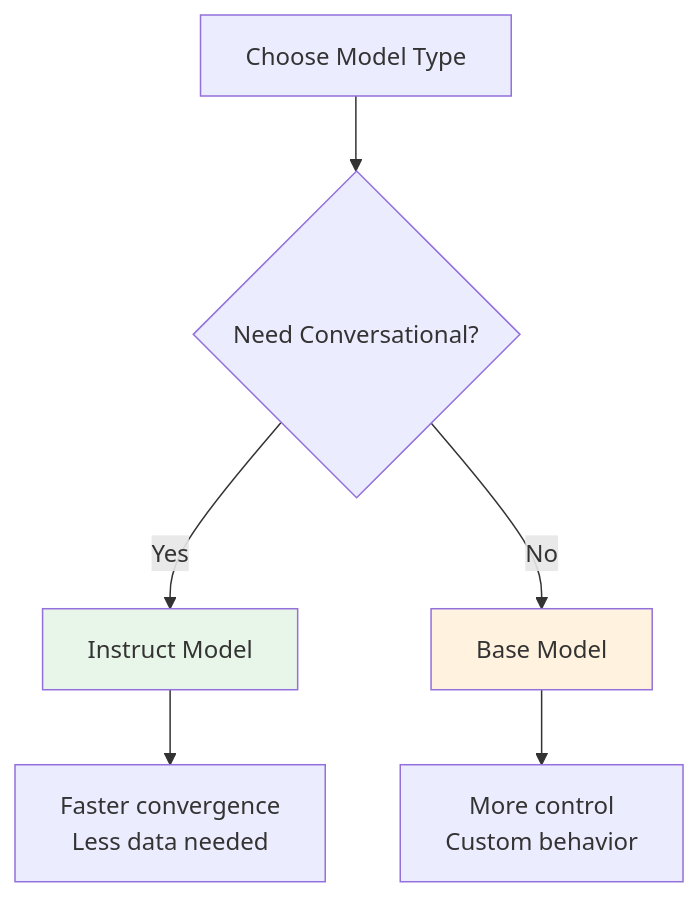
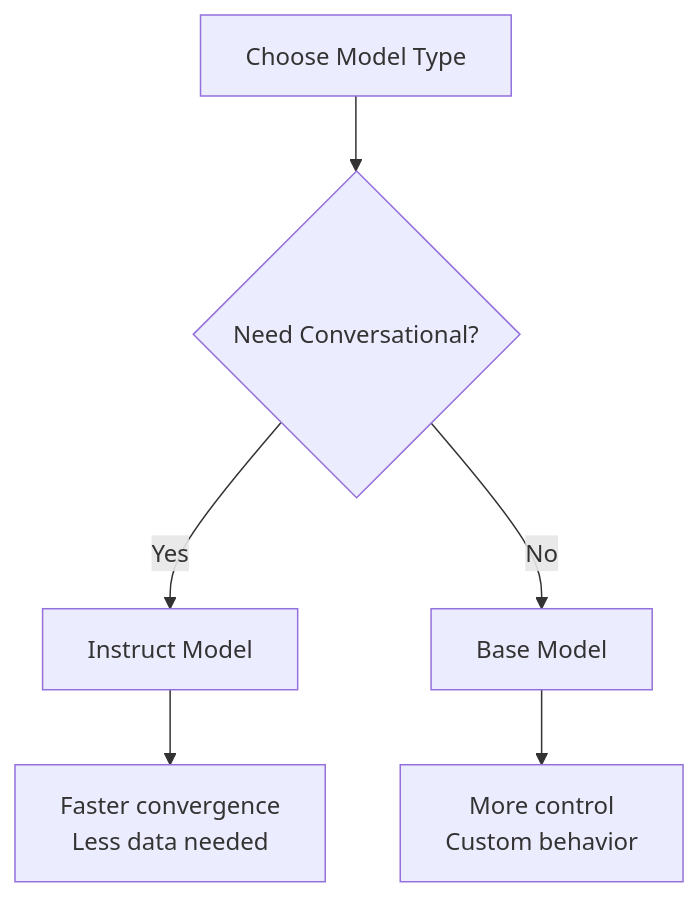
The first of 3 diagrams in content/Concepts/model-selection-llm.md (xdflatline/quartz), drawn with Mermaid before and after one commit. The commit also changed other lines of this file and 6 other files, not shown here.

````diff
--- a/content/Concepts/model-selection-llm.md
+++ b/content/Concepts/model-selection-llm.md
@@ -37,11 +37,9 @@
 ```mermaid
 graph TD
     A[Choose Model Type] --> B{Need Conversational?}
     B -->|Yes| C[Instruct Model]
     B -->|No| D[Base Model]
     C --> E[Faster convergence<br>Less data needed]
     D --> F[More control<br>Custom behavior]
     
-    style C fill:#e8f5e9
-    style D fill:#fff3e0
 ```
````
